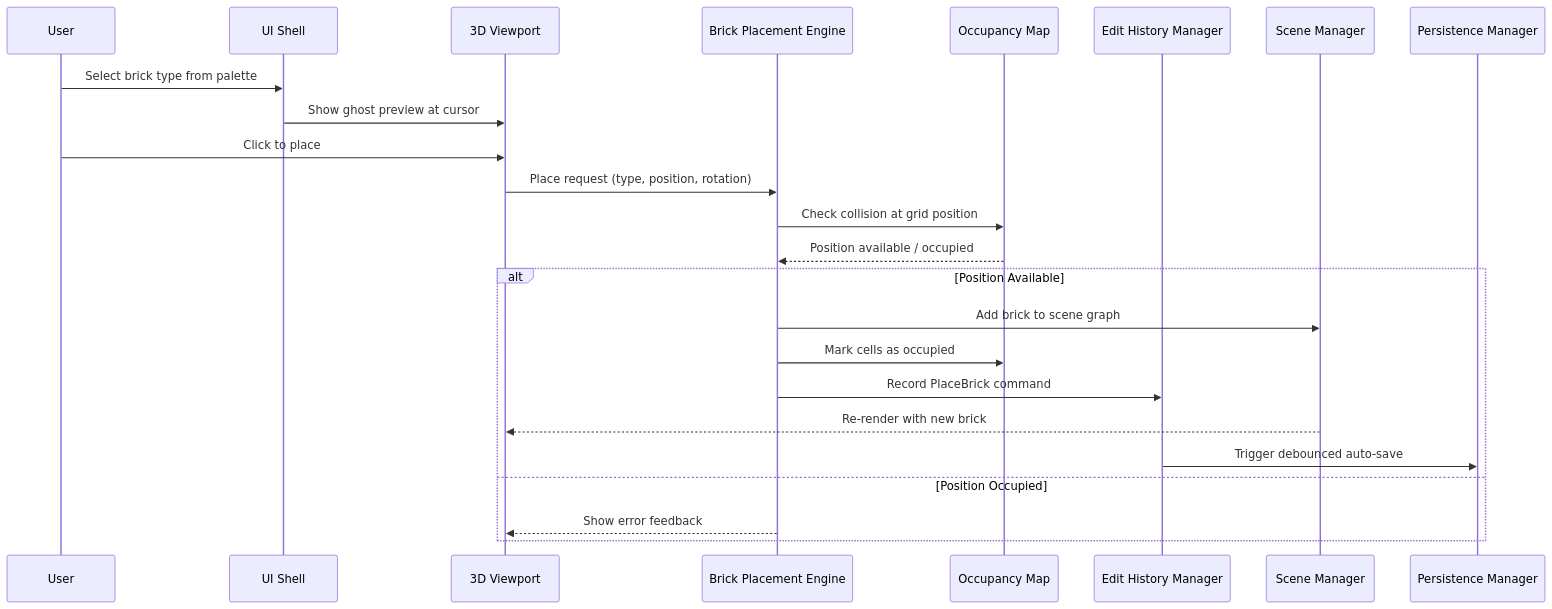
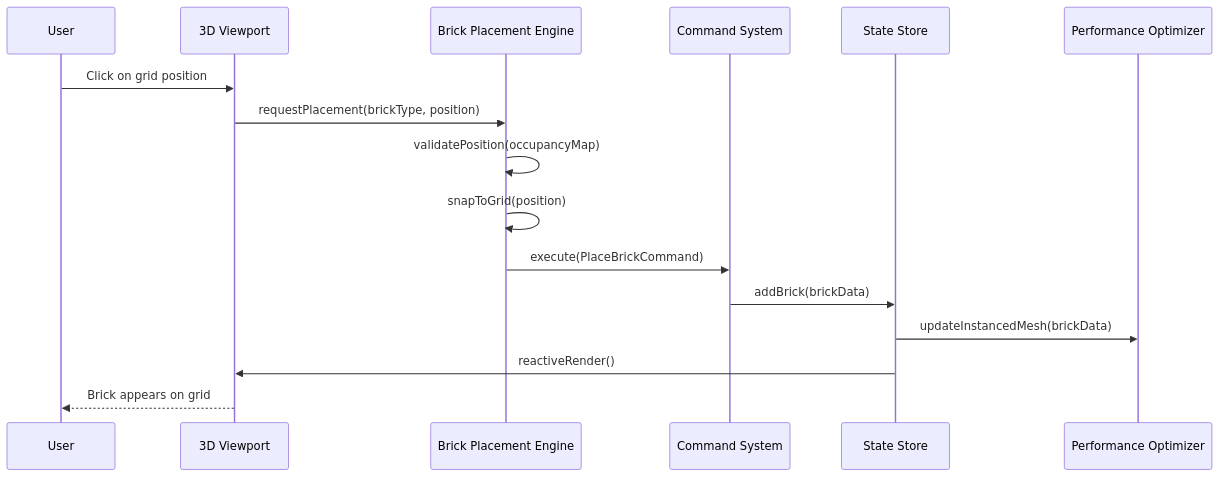
The fourth of 5 diagrams in docs/NOTIONAL_ARCHITECTURE.md (sreenivasmrpivot/legobuilder), drawn with Mermaid before and after one commit. The commit also changed other lines of this file, not shown here.

First line of the commit message:
docs: Notional Architecture following Spectra template

````diff
--- a/docs/NOTIONAL_ARCHITECTURE.md
+++ b/docs/NOTIONAL_ARCHITECTURE.md
@@ -267,27 +265,19 @@
 ```mermaid
 sequenceDiagram
     participant User
-    participant UI as UI Shell
     participant Viewport as 3D Viewport
     participant Placement as Brick Placement Engine
-    participant Occupancy as Occupancy Map
-    participant History as Edit History Manager
-    participant Scene as Scene Manager
-    participant Persist as Persistence Manager
+    participant Commands as Command System
+    participant State as State Store
+    participant Perf as Performance Optimizer
 
-    User->>UI: Select brick type from palette
-    UI->>Viewport: Show ghost preview at cursor
-    User->>Viewport: Click to place
-    Viewport->>Placement: Place request (type, position, rotation)
-    Placement->>Occupancy: Check collision at grid position
-    Occupancy-->>Placement: Position available / occupied
-    alt Position Available
-        Placement->>Scene: Add brick to scene graph
-        Placement->>Occupancy: Mark cells as occupied
-        Placement->>History: Record PlaceBrick command
-        Scene-->>Viewport: Re-render with new brick
-        History->>Persist: Trigger debounced auto-save
-    else Position Occupied
-        Placement-->>Viewport: Show error feedback
-    end
+    User->>Viewport: Click on grid position
+    Viewport->>Placement: requestPlacement(brickType, position)
+    Placement->>Placement: validatePosition(occupancyMap)
+    Placement->>Placement: snapToGrid(position)
+    Placement->>Commands: execute(PlaceBrickCommand)
+    Commands->>State: addBrick(brickData)
+    State->>Perf: updateInstancedMesh(brickData)
+    State->>Viewport: reactiveRender()
+    Viewport-->>User: Brick appears on grid
 ```
````
